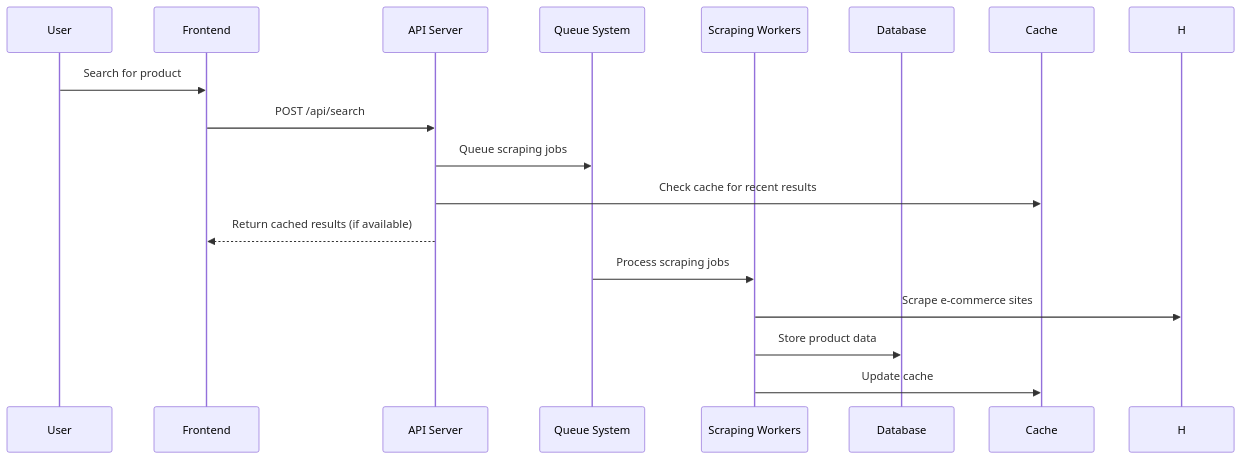
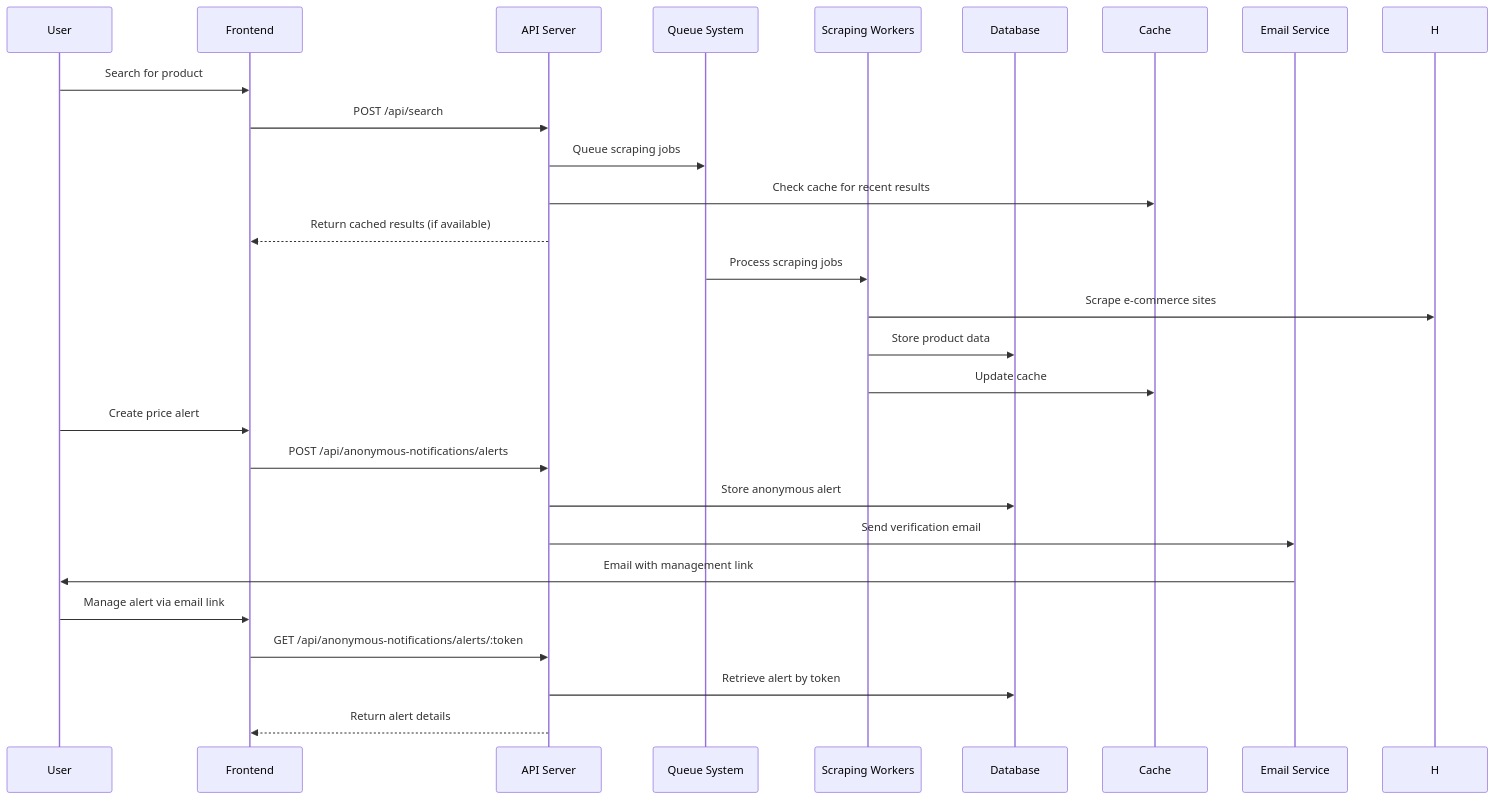
The second of 3 diagrams in docs/PROJECT_PLAN.md (ntanwir10/ShopperSprint), drawn with Mermaid before and after one commit. The commit also changed other lines of this file and 49 other files, not shown here.

Commit message:
feat: gate auth behind AUTH_ENABLED; re-enable monitoring; fix backend routes/schema/email; frontend auth gating and cleanup; remove mockData; fix TS in ProductPage, ProductDetail, healthCheck, UI calendar/chart; docs and env updates; add Supabase integration plan

````diff
--- a/docs/PROJECT_PLAN.md
+++ b/docs/PROJECT_PLAN.md
@@ -38,20 +41,32 @@
 ```mermaid
 sequenceDiagram
     participant U as User
     participant F as Frontend
     participant A as API Server
     participant Q as Queue System
     participant W as Scraping Workers
     participant D as Database
     participant C as Cache
+    participant E as Email Service
 
     U->>F: Search for product
     F->>A: POST /api/search
     A->>Q: Queue scraping jobs
     A->>C: Check cache for recent results
     A-->>F: Return cached results (if available)
     Q->>W: Process scraping jobs
     W->>H: Scrape e-commerce sites
     W->>D: Store product data
     W->>C: Update cache
+    
+    U->>F: Create price alert
+    F->>A: POST /api/anonymous-notifications/alerts
+    A->>D: Store anonymous alert
+    A->>E: Send verification email
+    E->>U: Email with management link
+    
+    U->>F: Manage alert via email link
+    F->>A: GET /api/anonymous-notifications/alerts/:token
+    A->>D: Retrieve alert by token
+    A-->>F: Return alert details
 ```
````
